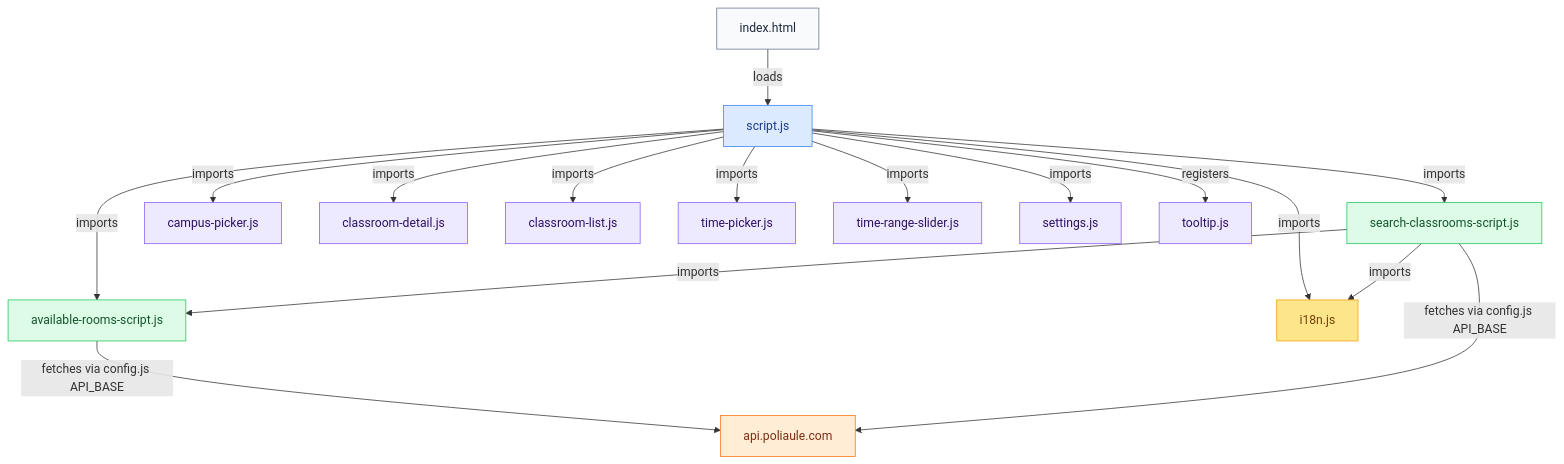
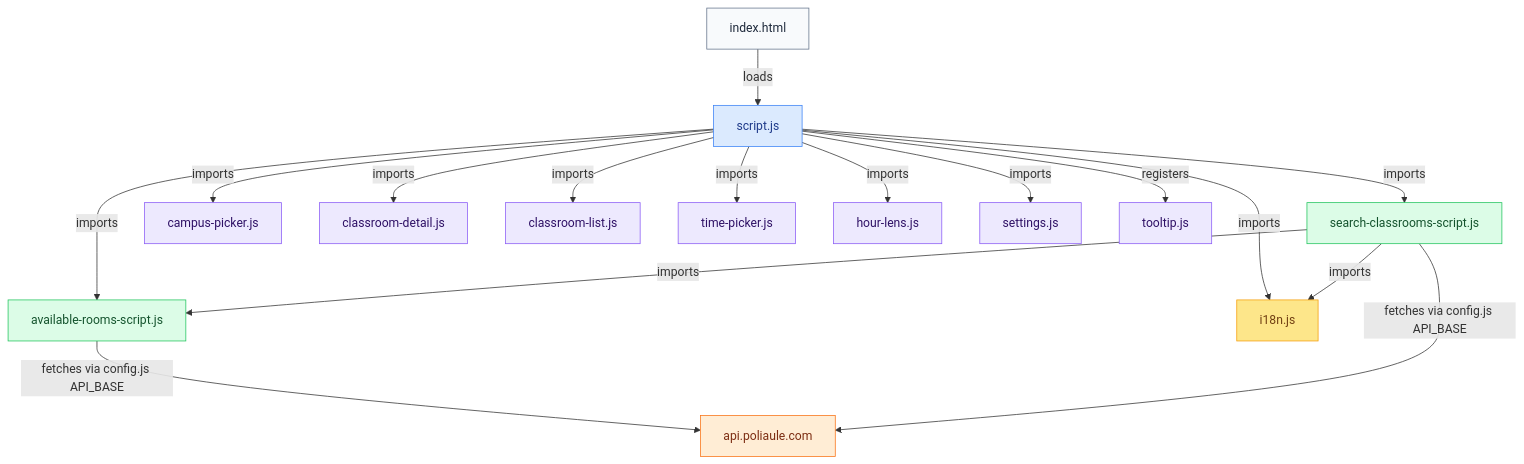
Before and after one commit to SummaCristian/PoliAule: the third of 4 diagrams in docs/architecture.md, drawn with Mermaid. The commit also changed other lines of this file and 11 other files, not shown here.

Commit message:
Redesigned the time picker component

````diff
--- a/docs/architecture.md
+++ b/docs/architecture.md
@@ -175,40 +175,40 @@
 ```mermaid
 graph TD
     classDef entry fill:#f8fafc,stroke:#64748b,color:#1e293b
     classDef shell fill:#dbeafe,stroke:#3b82f6,color:#1e3a8a
     classDef data fill:#dcfce7,stroke:#22c55e,color:#14532d
     classDef i18n fill:#fde68a,stroke:#f59e0b,color:#713f12
     classDef component fill:#ede9fe,stroke:#8b5cf6,color:#2e1065
     classDef store fill:#f1f5f9,stroke:#475569,color:#0f172a
     classDef cf fill:#ffedd5,stroke:#f97316,color:#7c2d12
 
     IH["index.html"]:::entry
     SC["script.js"]:::shell
     ARS["available-rooms-script.js"]:::data
     SCS["search-classrooms-script.js"]:::data
     I18N["i18n.js"]:::i18n
 
     CP["campus-picker.js"]:::component
     CD["classroom-detail.js"]:::component
     CL["classroom-list.js"]:::component
     TP["time-picker.js"]:::component
-    TRS["time-range-slider.js"]:::component
+    HL["hour-lens.js"]:::component
     SET["settings.js"]:::component
     TT["tooltip.js"]:::component
 
     IH -->|loads| SC
     SC -->|imports| ARS
     SC -->|imports| SCS
     SC -->|imports| I18N
     SC -->|imports| CP
     SC -->|imports| CD
     SC -->|imports| CL
     SC -->|imports| TP
-    SC -->|imports| TRS
+    SC -->|imports| HL
     SC -->|imports| SET
     SC -->|registers| TT
     SCS -->|imports| ARS
     SCS -->|imports| I18N
     ARS -->|fetches via config.js API_BASE| API["api.poliaule.com"]:::cf
     SCS -->|fetches via config.js API_BASE| API
 ```
````
